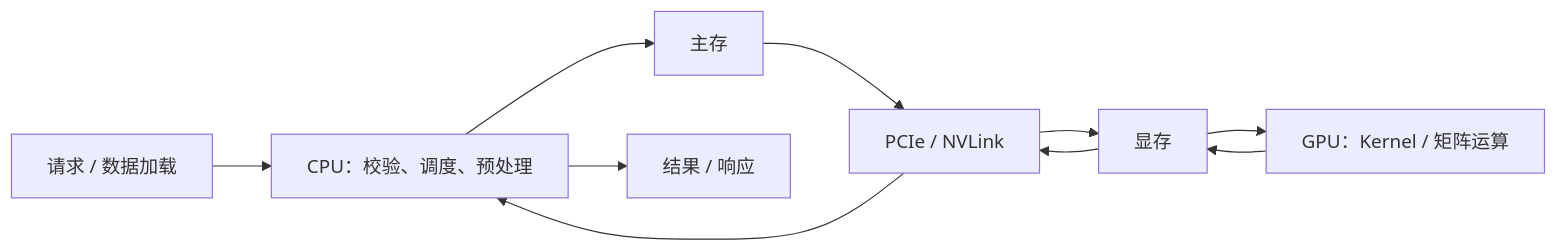
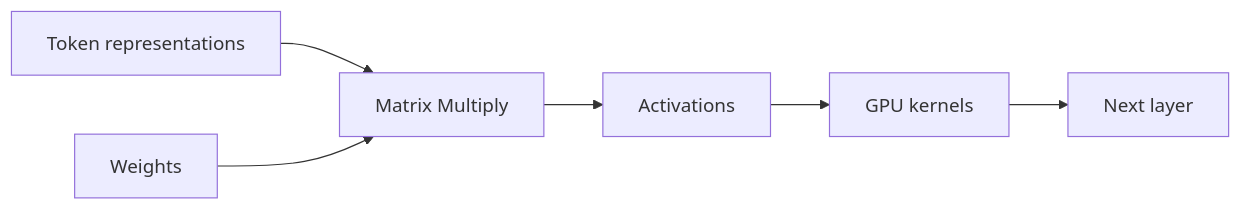
One commit to upJiang/jiang-blog-vitepress changed the diagram in docs/devops/gpu-computing-foundations.md. Above: the diagram before and after it, drawn with Mermaid. The commit also changed other lines of this file and 190 other files, not shown here.

````diff
--- a/docs/devops/gpu-computing-foundations.md
+++ b/docs/devops/gpu-computing-foundations.md
@@ -31,12 +32,8 @@
 ```mermaid
 flowchart LR
-  APP[请求 / 数据加载] --> CPU[CPU：校验、调度、预处理]
-  CPU --> RAM[主存]
-  RAM --> LINK[PCIe / NVLink]
-  LINK --> VRAM[显存]
-  VRAM --> GPU[GPU：Kernel / 矩阵运算]
-  GPU --> VRAM
-  VRAM --> LINK
-  LINK --> CPU
-  CPU --> OUT[结果 / 响应]
+  A[Token representations] --> M[Matrix Multiply]
+  B[Weights] --> M
+  M --> C[Activations]
+  C --> K[GPU kernels]
+  K --> O[Next layer]
 ```
````
